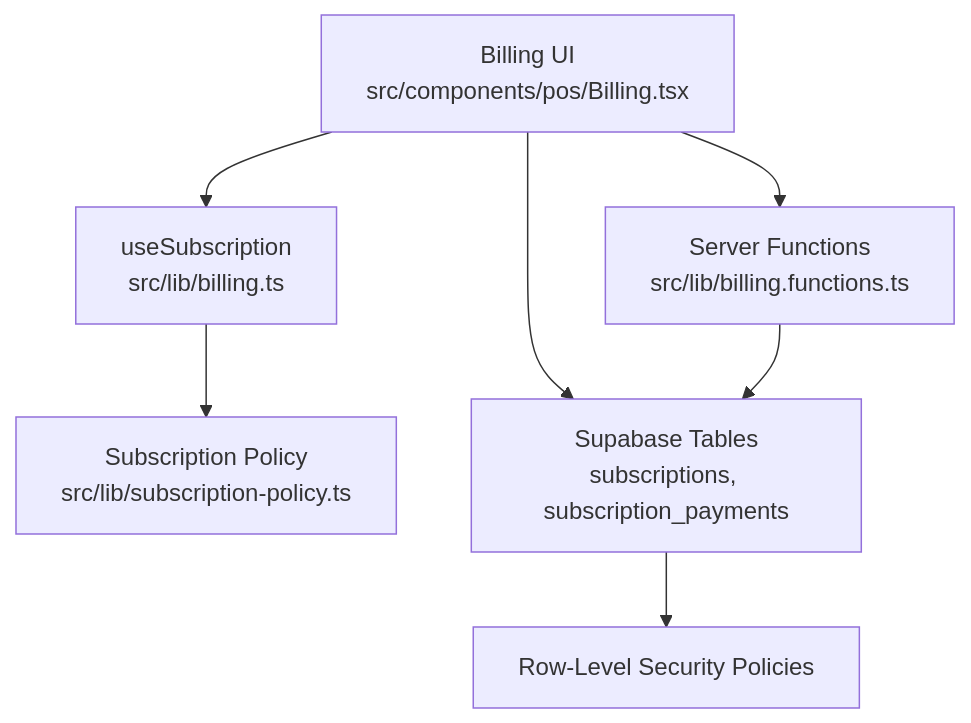
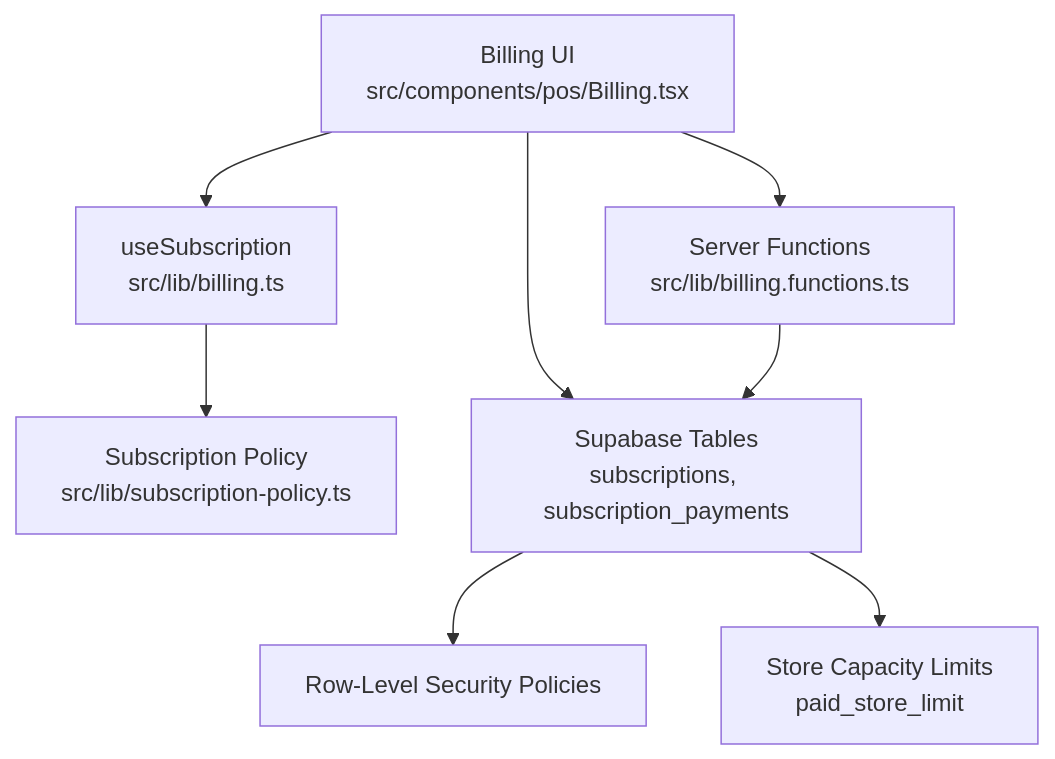
One commit to themclloyd/storq changed the first of 6 diagrams in .qoder/repowiki/en/content/Billing & Subscriptions/Billing & Subscriptions.md. Above: the diagram before and after it, drawn with Mermaid. The commit also changed other lines of this file and 31 other files, not shown here.

````diff
--- a/.qoder/repowiki/en/content/Billing & Subscriptions/Billing & Subscriptions.md
+++ b/.qoder/repowiki/en/content/Billing & Subscriptions/Billing & Subscriptions.md
@@ -45,9 +55,10 @@
 ```mermaid
 graph TB
 UI["Billing UI<br/>src/components/pos/Billing.tsx"] --> Hook["useSubscription<br/>src/lib/billing.ts"]
 UI --> ServerFn["Server Functions<br/>src/lib/billing.functions.ts"]
 Hook --> Policy["Subscription Policy<br/>src/lib/subscription-policy.ts"]
 UI --> DB["Supabase Tables<br/>subscriptions, subscription_payments"]
 ServerFn --> DB
 DB --> RLS["Row-Level Security Policies"]
+DB --> Capacity["Store Capacity Limits<br/>paid_store_limit"]
 ```
````
